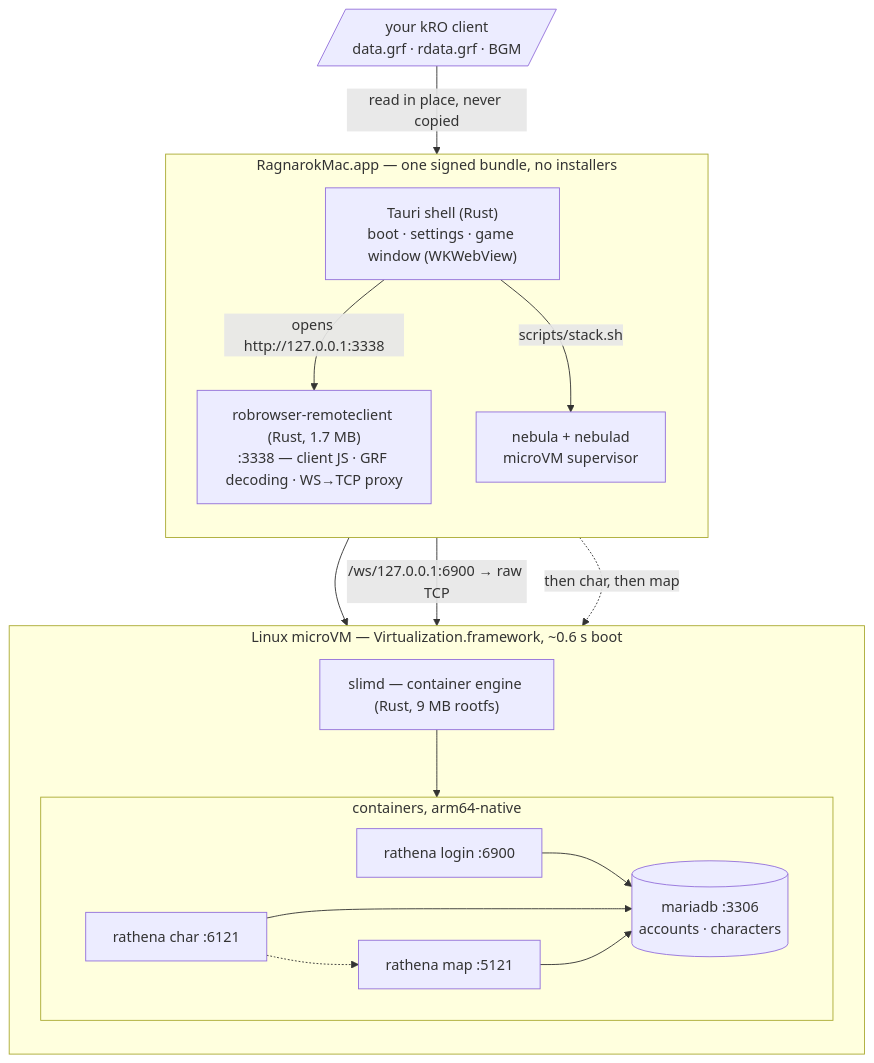
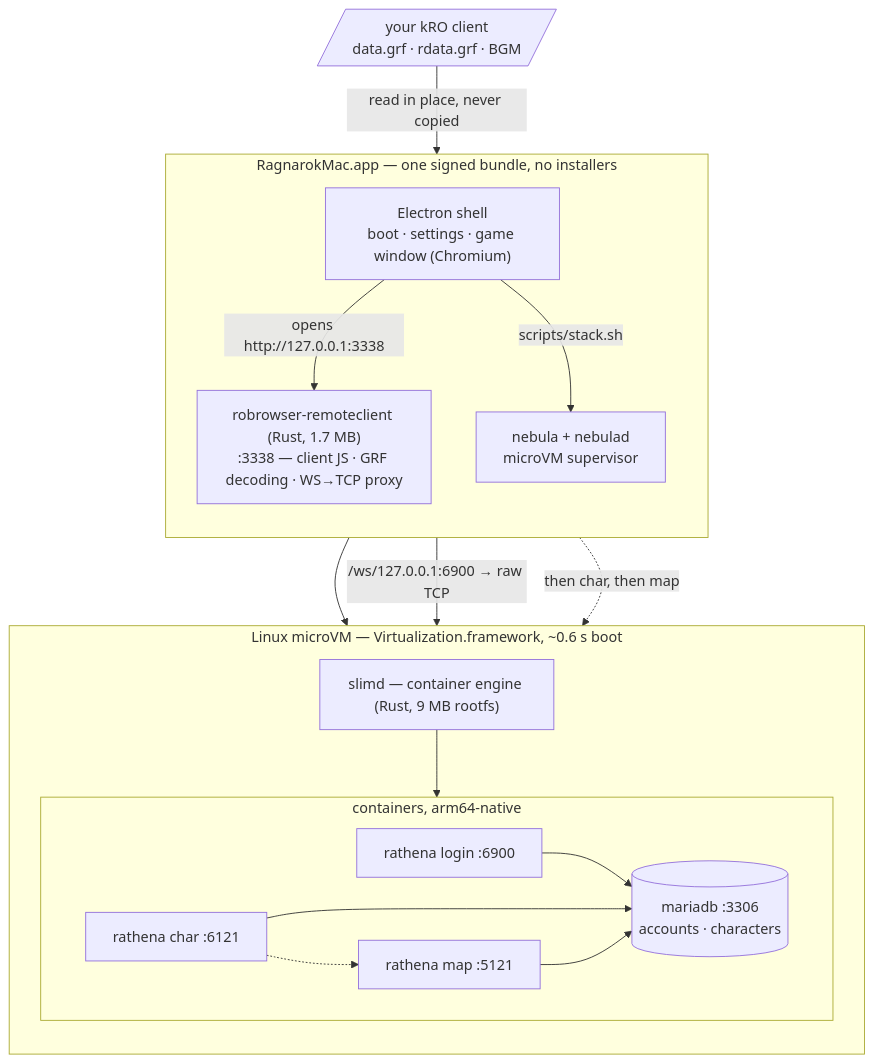
Before and after one commit to Flux159/ragnarokoffline.app: the first of 2 diagrams in README.md, drawn with Mermaid. The commit also changed other lines of this file and 15 other files, not shown here.

````diff
--- a/README.md
+++ b/README.md
@@ -90,35 +90,35 @@
 ```mermaid
 flowchart TB
     subgraph APP["RagnarokMac.app  —  one signed bundle, no installers"]
         direction TB
-        TAURI["Tauri shell (Rust)<br/>boot · settings · game window (WKWebView)"]
+        TAURI["Electron shell<br/>boot · settings · game window (Chromium)"]
         ASSETS["robrowser-remoteclient (Rust, 1.7 MB)<br/>:3338 — client JS · GRF decoding · WS→TCP proxy"]
         NEB["nebula + nebulad<br/>microVM supervisor"]
     end
 
     subgraph VM["Linux microVM  —  Virtualization.framework, ~0.6 s boot"]
         direction TB
         SLIMD["slimd — container engine (Rust, 9 MB rootfs)"]
         subgraph C["containers, arm64-native"]
             direction LR
             DB[("mariadb :3306<br/>accounts · characters")]
             LOGIN["rathena login :6900"]
             CHAR["rathena char :6121"]
             MAP["rathena map :5121"]
         end
     end
 
     TAURI -->|"opens http://127.0.0.1:3338"| ASSETS
     TAURI -->|"scripts/stack.sh"| NEB
     NEB --> SLIMD
     SLIMD --> C
     ASSETS -->|"/ws/127.0.0.1:6900 → raw TCP"| LOGIN
     ASSETS -.->|"then char, then map"| CHAR
     CHAR -.-> MAP
     LOGIN --> DB
     CHAR --> DB
     MAP --> DB
 
     GRF[/"your kRO client<br/>data.grf · rdata.grf · BGM"/]
     GRF -->|"read in place, never copied"| ASSETS
 ```
````
